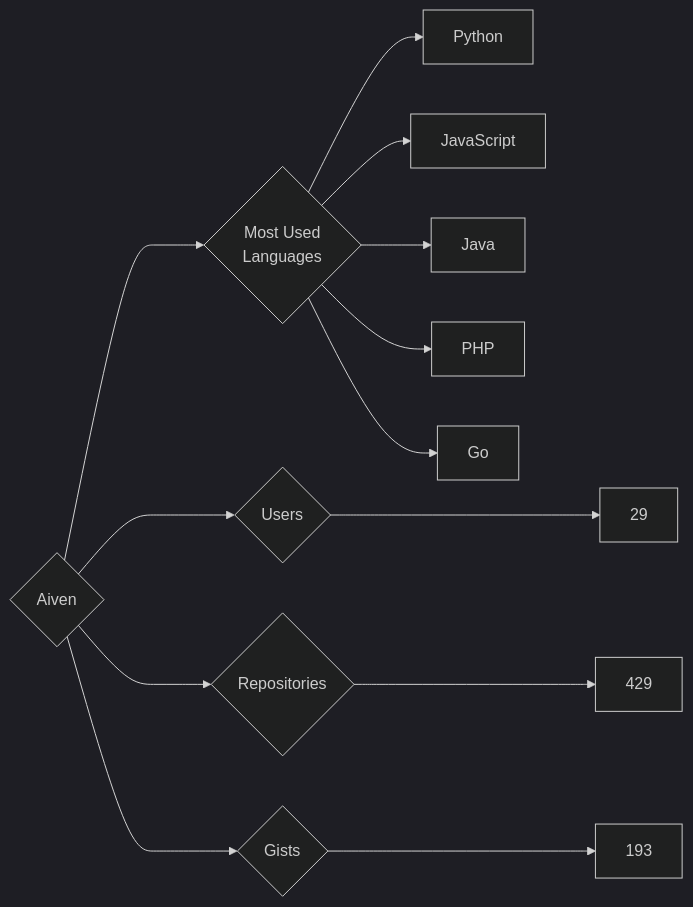
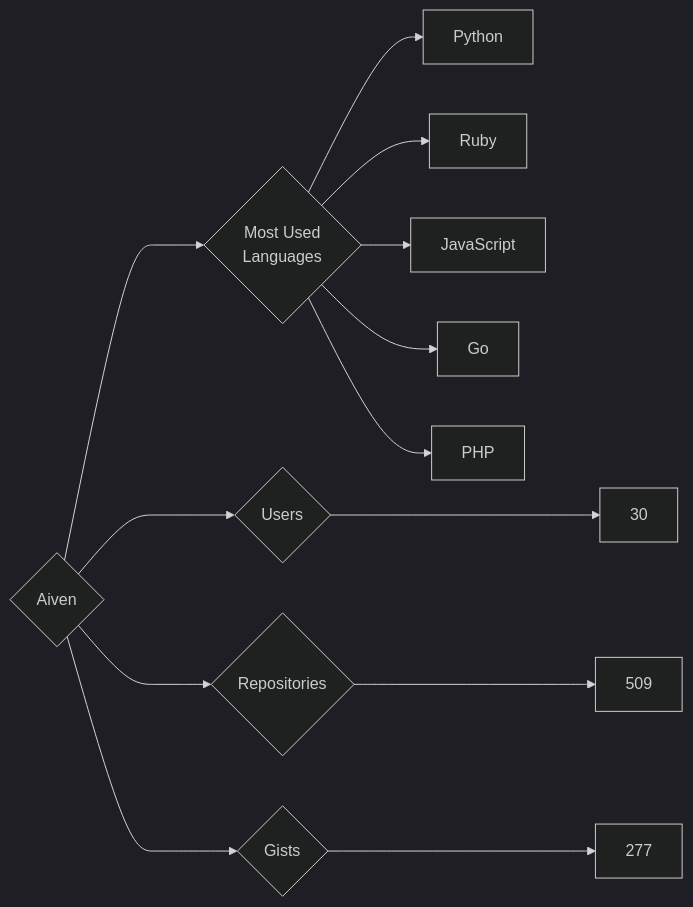
Before and after one commit to trickest/insiders: the diagram in targets/Aiven/README.md, drawn with Mermaid (dark theme). The commit also changed 837 other files, not shown here.

````diff
--- a/targets/Aiven/README.md
+++ b/targets/Aiven/README.md
@@ -3,13 +3,13 @@
 ```mermaid
 graph LR
 COMPANY_NAME{Aiven}
-COMPANY_NAME ---> U{Users} ---> UN[29]
-COMPANY_NAME ---> R{Repositories} ---> RN[429]
-COMPANY_NAME ---> G{Gists} ---> GN[193]
+COMPANY_NAME ---> U{Users} ---> UN[30]
+COMPANY_NAME ---> R{Repositories} ---> RN[509]
+COMPANY_NAME ---> G{Gists} ---> GN[277]
 COMPANY_NAME ---> ML{Most Used<br>Languages}
 ML --> Python[Python]
+ML --> Ruby[Ruby]
 ML --> JavaScript[JavaScript]
-ML --> Java[Java]
+ML --> Go[Go]
 ML --> PHP[PHP]
-ML --> Go[Go]
 ```
````
